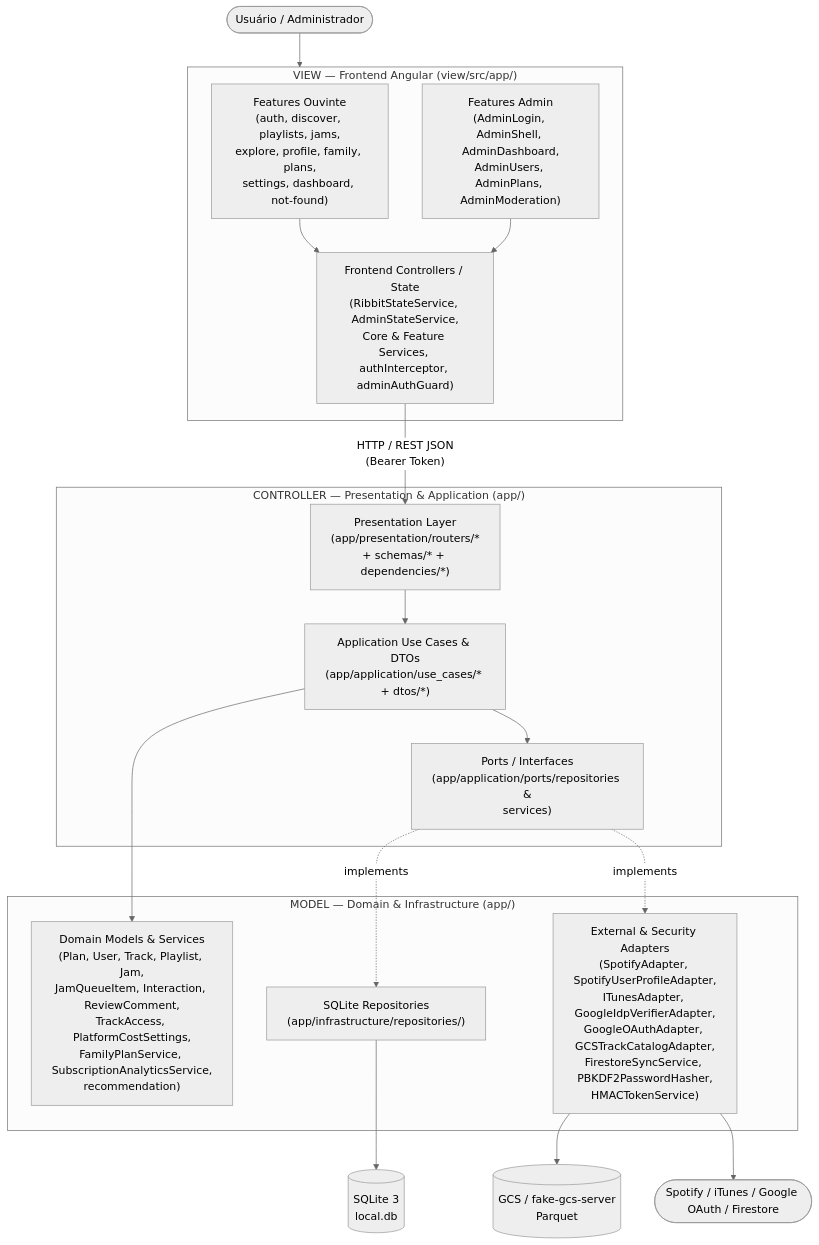
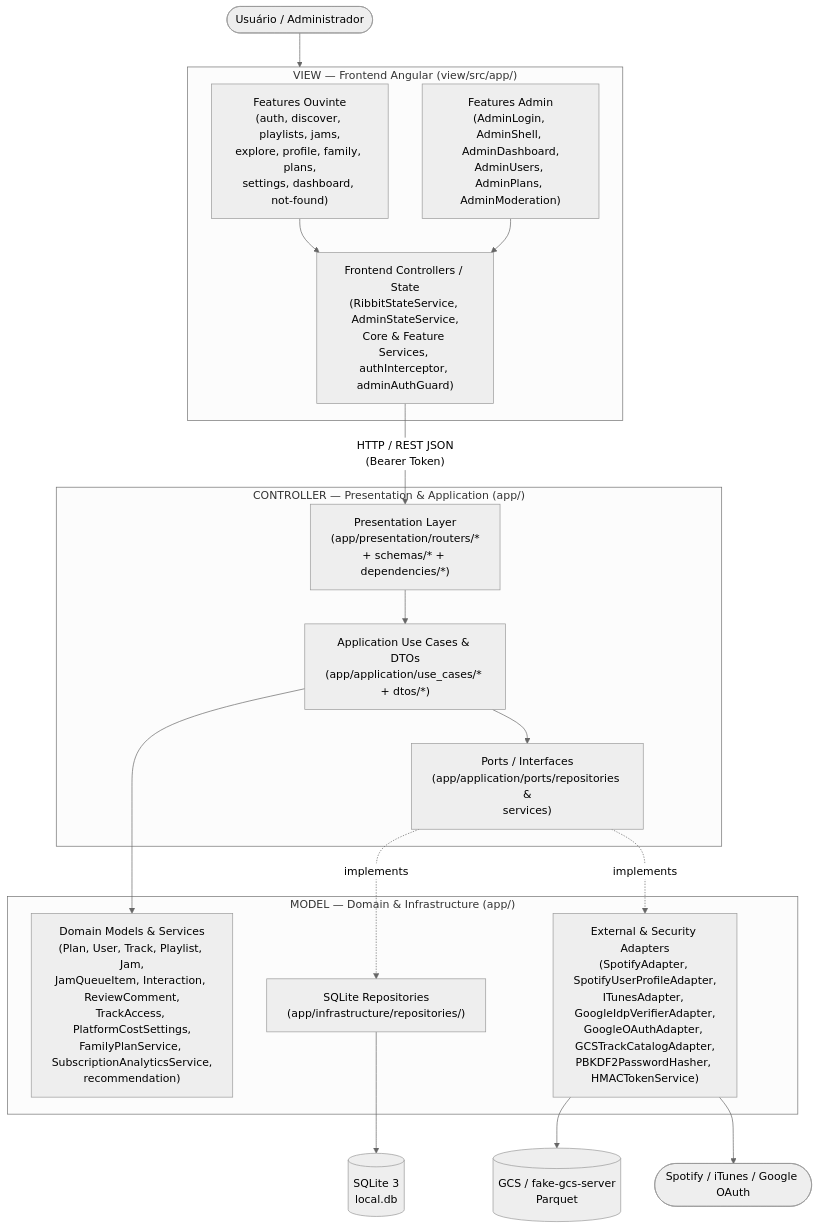
The first of 3 diagrams in README.md (gabrielGAGRA/Ribbit-music-api-app), drawn with Mermaid (neutral theme) before and after one commit. The commit also changed other lines of this file and 45 other files, not shown here.

````diff
--- a/README.md
+++ b/README.md
@@ -275,35 +274,35 @@
 ```mermaid
 flowchart TB
     User([Usuário / Administrador]) --> View
 
     subgraph View["VIEW — Frontend Angular (view/src/app/)"]
         ListenerUI["Features Ouvinte<br/>(auth, discover, playlists, jams,<br/>explore, profile, family, plans,<br/>settings, dashboard, not-found)"]
         AdminUI["Features Admin<br/>(AdminLogin, AdminShell, AdminDashboard,<br/>AdminUsers, AdminPlans, AdminModeration)"]
         FEController["Frontend Controllers / State<br/>(RibbitStateService, AdminStateService,<br/>Core & Feature Services, authInterceptor, adminAuthGuard)"]
         ListenerUI --> FEController
         AdminUI --> FEController
     end
 
     FEController -->|"HTTP / REST JSON<br/>(Bearer Token)"| Presentation
 
     subgraph Controller["CONTROLLER — Presentation & Application (app/)"]
         Presentation["Presentation Layer<br/>(app/presentation/routers/*<br/>+ schemas/* + dependencies/*)"]
         UseCases["Application Use Cases & DTOs<br/>(app/application/use_cases/* + dtos/*)"]
         Ports["Ports / Interfaces<br/>(app/application/ports/repositories &<br/>services)"]
         Presentation --> UseCases
         UseCases --> Ports
     end
 
     subgraph Model["MODEL — Domain & Infrastructure (app/)"]
         Domain["Domain Models & Services<br/>(Plan, User, Track, Playlist, Jam,<br/>JamQueueItem, Interaction, ReviewComment,<br/>TrackAccess, PlatformCostSettings,<br/>FamilyPlanService, SubscriptionAnalyticsService,<br/>recommendation)"]
         SQLiteRepo["SQLite Repositories<br/>(app/infrastructure/repositories/)"]
-        ExtAdapters["External & Security Adapters<br/>(SpotifyAdapter, SpotifyUserProfileAdapter,<br/>ITunesAdapter, GoogleIdpVerifierAdapter,<br/>GoogleOAuthAdapter, GCSTrackCatalogAdapter,<br/>FirestoreSyncService, PBKDF2PasswordHasher,<br/>HMACTokenService)"]
+        ExtAdapters["External & Security Adapters<br/>(SpotifyAdapter, SpotifyUserProfileAdapter,<br/>ITunesAdapter, GoogleIdpVerifierAdapter,<br/>GoogleOAuthAdapter, GCSTrackCatalogAdapter,<br/>PBKDF2PasswordHasher, HMACTokenService)"]
         UseCases --> Domain
         Ports -.->|implements| SQLiteRepo
         Ports -.->|implements| ExtAdapters
     end
 
     SQLiteRepo --> DB[(SQLite 3<br/>local.db)]
     ExtAdapters --> GCS[(GCS / fake-gcs-server<br/>Parquet)]
-    ExtAdapters --> ExtAPIs([Spotify / iTunes / Google OAuth / Firestore])
+    ExtAdapters --> ExtAPIs([Spotify / iTunes / Google OAuth])
 ```
````
